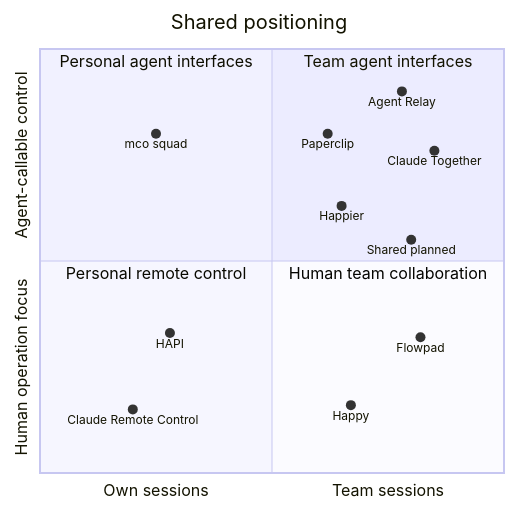
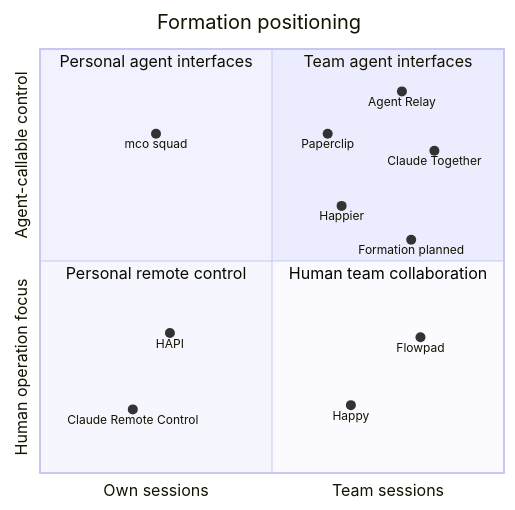
One commit to callmejustdodo/OpenGrokBot changed the diagram in documentations/competitive-landscape.md. Above: the diagram before and after it, drawn with Mermaid. The commit also changed other lines of this file and 3 other files, not shown here.

First line of the commit message:
Rename the product from Shared to Formation

````diff
--- a/documentations/competitive-landscape.md
+++ b/documentations/competitive-landscape.md
@@ -32,20 +32,20 @@
 ```mermaid
 quadrantChart
-    title Shared positioning
+    title Formation positioning
     x-axis Own sessions --> Team sessions
     y-axis Human operation focus --> Agent-callable control
     quadrant-1 Team agent interfaces
     quadrant-2 Personal agent interfaces
     quadrant-3 Personal remote control
     quadrant-4 Human team collaboration
     Agent Relay: [0.78, 0.90]
     Claude Together: [0.85, 0.76]
     Happier: [0.65, 0.63]
     Paperclip: [0.62, 0.80]
-    Shared planned: [0.80, 0.55]
+    Formation planned: [0.80, 0.55]
     mco squad: [0.25, 0.80]
     Flowpad: [0.82, 0.32]
     Happy: [0.67, 0.16]
     HAPI: [0.28, 0.33]
     Claude Remote Control: [0.20, 0.15]
 ```
````
